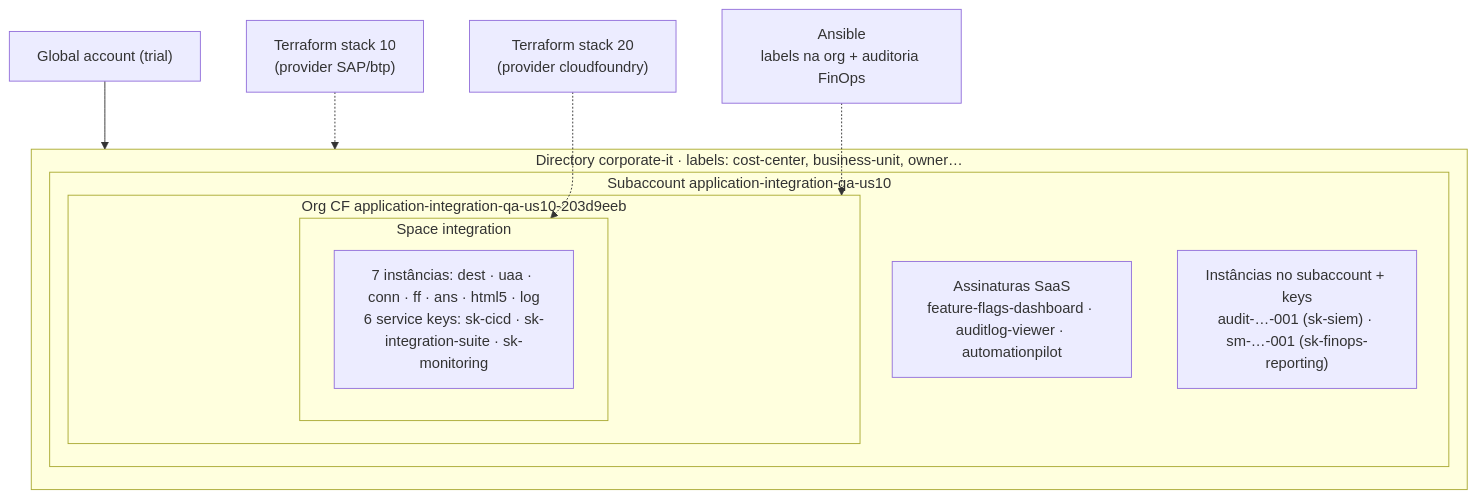
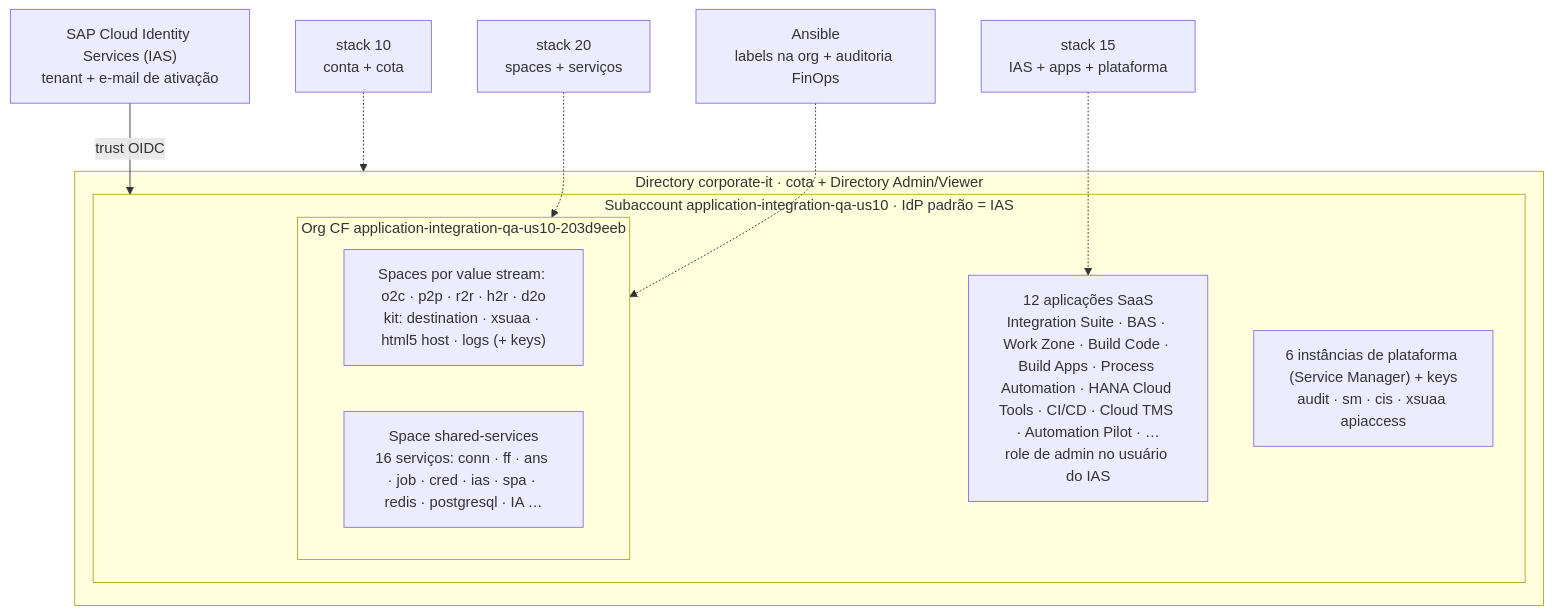
Before and after one commit to gabriel-rodrigues-f/sap-btp-terraform: the diagram in README.md, drawn with Mermaid. The commit also changed other lines of this file and 36 other files, not shown here.

First line of the commit message:
feat: identidade com IAS, todas as apps da trial e spaces por value stream

````diff
--- a/README.md
+++ b/README.md
@@ -18,19 +24,19 @@
 ```mermaid
 flowchart TB
-  GA["Global account (trial)"]
-  subgraph DIR["Directory corporate-it  ·  labels: cost-center, business-unit, owner…"]
-    subgraph SA["Subaccount application-integration-qa-us10"]
-      SUB["Assinaturas SaaS<br/>feature-flags-dashboard · auditlog-viewer · automationpilot"]
-      SM["Instâncias no subaccount + keys<br/>audit-…-001 (sk-siem) · sm-…-001 (sk-finops-reporting)"]
+  IAS["SAP Cloud Identity Services (IAS)<br/>tenant + e-mail de ativação"]
+  subgraph DIR["Directory corporate-it  ·  cota + Directory Admin/Viewer"]
+    subgraph SA["Subaccount application-integration-qa-us10  ·  IdP padrão = IAS"]
+      APPS["12 aplicações SaaS<br/>Integration Suite · BAS · Work Zone · Build Code · Build Apps · Process Automation · HANA Cloud Tools · CI/CD · Cloud TMS · Automation Pilot · …<br/>role de admin no usuário do IAS"]
+      SM["6 instâncias de plataforma (Service Manager) + keys<br/>audit · sm · cis · xsuaa apiaccess"]
       subgraph ORG["Org CF application-integration-qa-us10-203d9eeb"]
-        subgraph SP["Space integration"]
-          CFI["7 instâncias: dest · uaa · conn · ff · ans · html5 · log<br/>6 service keys: sk-cicd · sk-integration-suite · sk-monitoring"]
-        end
+        VS["Spaces por value stream: o2c · p2p · r2r · h2r · d2o<br/>kit: destination · xsuaa · html5 host · logs (+ keys)"]
+        SH["Space shared-services<br/>16 serviços: conn · ff · ans · job · cred · ias · spa · redis · postgresql · IA …"]
       end
     end
   end
-  GA --> DIR
-  TF10["Terraform stack 10<br/>(provider SAP/btp)"] -.-> DIR
-  TF20["Terraform stack 20<br/>(provider cloudfoundry)"] -.-> SP
+  IAS -- "trust OIDC" --> SA
+  TF10["stack 10<br/>conta + cota"] -.-> DIR
+  TF15["stack 15<br/>IAS + apps + plataforma"] -.-> APPS
+  TF20["stack 20<br/>spaces + serviços"] -.-> ORG
   ANS["Ansible<br/>labels na org + auditoria FinOps"] -.-> ORG
 ```
````
